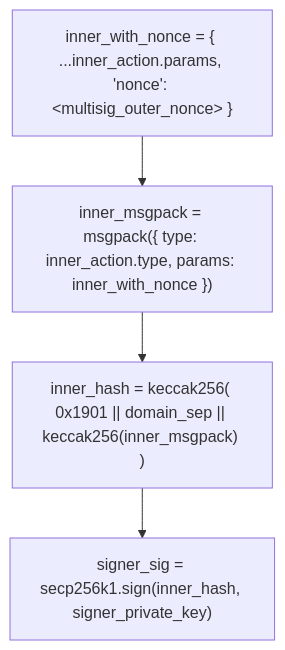
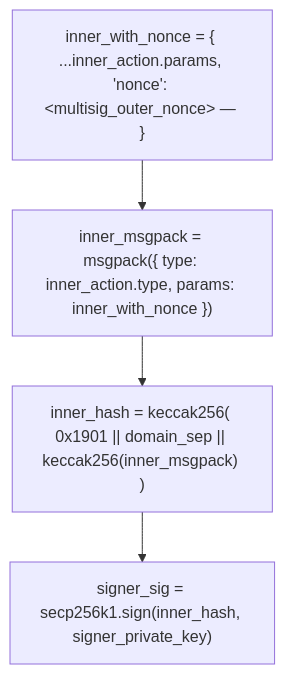
The second of 3 diagrams in i18n/ar/docusaurus-plugin-content-docs/current/concepts/multi-sig.md (mtf-exchange/metaflux-knowledges), drawn with Mermaid before and after one commit. The commit also changed other lines of this file and 176 other files, not shown here.

First line of the commit message:
docs: split info by product, fix mermaid, drop sprint/diff wording, faster builds

````diff
--- a/i18n/ar/docusaurus-plugin-content-docs/current/concepts/multi-sig.md
+++ b/i18n/ar/docusaurus-plugin-content-docs/current/concepts/multi-sig.md
@@ -98,8 +98,8 @@
 ```mermaid
 flowchart TD
-    A["inner_with_nonce = { ...inner_action.params, 'nonce': &lt;multisig_outer_nonce&gt; }"]
+    A["inner_with_nonce = { ...inner_action.params, 'nonce': &lt;multisig_outer_nonce&gt — }"]
     B["inner_msgpack = msgpack({ type: inner_action.type, params: inner_with_nonce })"]
     C["inner_hash = keccak256( 0x1901 || domain_sep || keccak256(inner_msgpack) )"]
     D["signer_sig = secp256k1.sign(inner_hash, signer_private_key)"]
     A --> B --> C --> D
 ```
````
